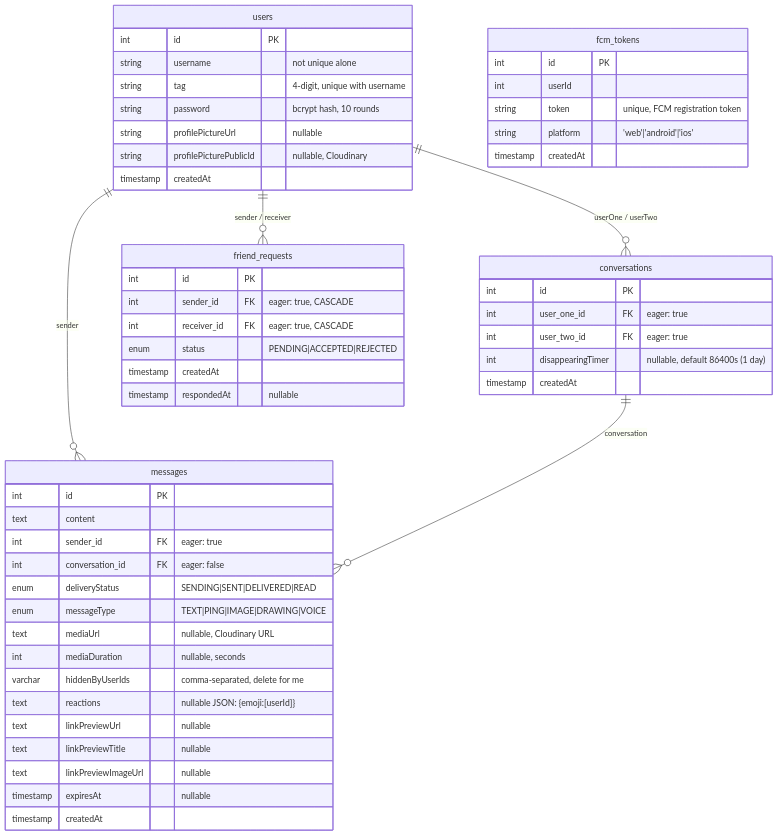
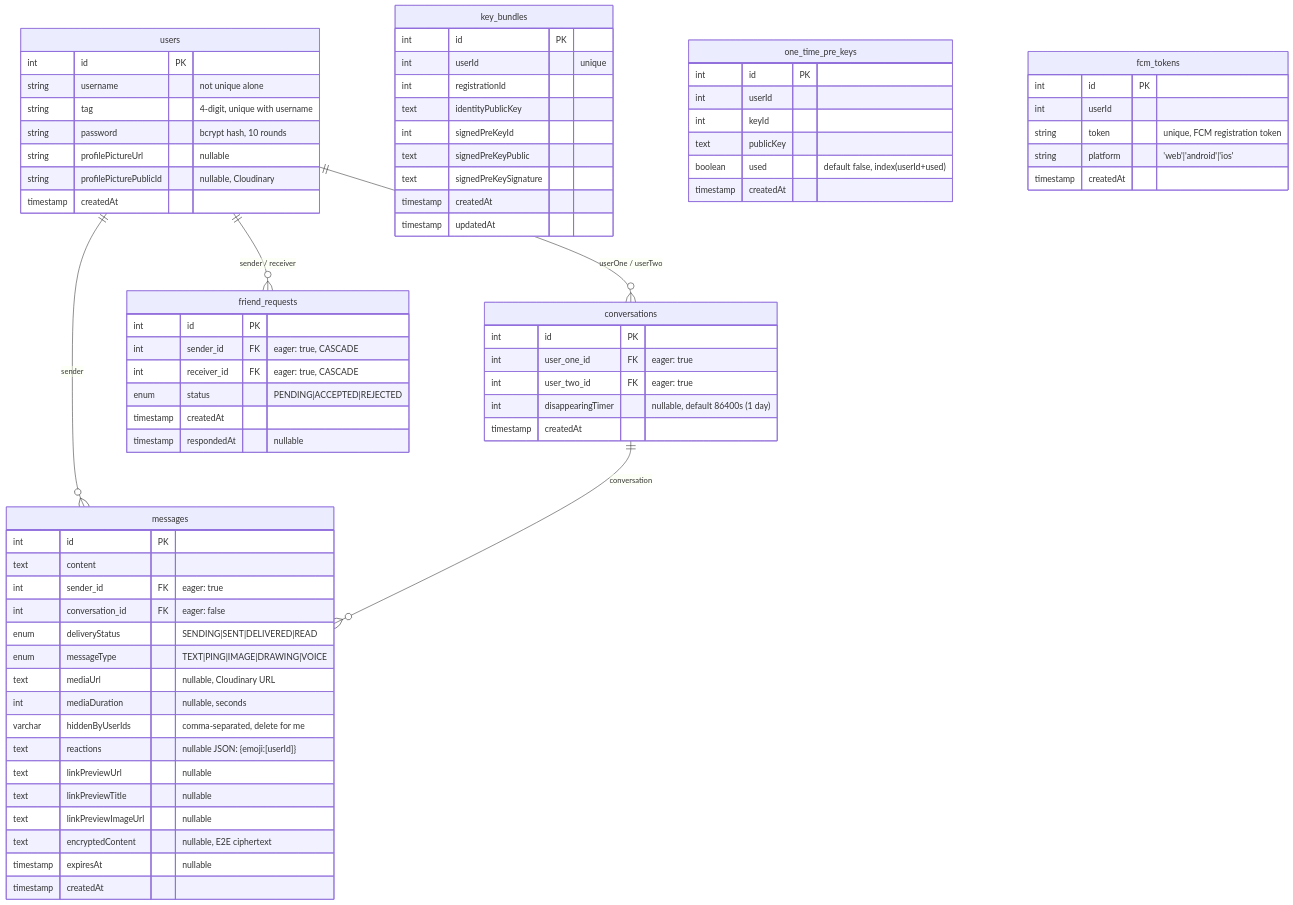
One commit to Lentach/Fireplace changed the second of 3 diagrams in CLAUDE.md. Above: the diagram before and after it, drawn with Mermaid. The commit also changed other lines of this file and 56 other files, not shown here.

````diff
--- a/CLAUDE.md
+++ b/CLAUDE.md
@@ -72,60 +72,82 @@
 ```mermaid
 erDiagram
     users ||--o{ conversations : "userOne / userTwo"
     users ||--o{ messages : "sender"
     users ||--o{ friend_requests : "sender / receiver"
     conversations ||--o{ messages : "conversation"
 
     users {
         int id PK
         string username "not unique alone"
         string tag "4-digit, unique with username"
         string password "bcrypt hash, 10 rounds"
         string profilePictureUrl "nullable"
         string profilePicturePublicId "nullable, Cloudinary"
         timestamp createdAt
     }
 
     conversations {
         int id PK
         int user_one_id FK "eager: true"
         int user_two_id FK "eager: true"
         int disappearingTimer "nullable, default 86400s (1 day)"
         timestamp createdAt
     }
 
     messages {
         int id PK
         text content
         int sender_id FK "eager: true"
         int conversation_id FK "eager: false"
         enum deliveryStatus "SENDING|SENT|DELIVERED|READ"
         enum messageType "TEXT|PING|IMAGE|DRAWING|VOICE"
         text mediaUrl "nullable, Cloudinary URL"
         int mediaDuration "nullable, seconds"
         varchar hiddenByUserIds "comma-separated, delete for me"
         text reactions "nullable JSON: {emoji:[userId]}"
         text linkPreviewUrl "nullable"
         text linkPreviewTitle "nullable"
         text linkPreviewImageUrl "nullable"
+        text encryptedContent "nullable, E2E ciphertext"
         timestamp expiresAt "nullable"
+        timestamp createdAt
+    }
+
+    key_bundles {
+        int id PK
+        int userId "unique"
+        int registrationId
+        text identityPublicKey
+        int signedPreKeyId
+        text signedPreKeyPublic
+        text signedPreKeySignature
+        timestamp createdAt
+        timestamp updatedAt
+    }
+
+    one_time_pre_keys {
+        int id PK
+        int userId
+        int keyId
+        text publicKey
+        boolean used "default false, index(userId+used)"
         timestamp createdAt
     }
 
     friend_requests {
         int id PK
         int sender_id FK "eager: true, CASCADE"
         int receiver_id FK "eager: true, CASCADE"
         enum status "PENDING|ACCEPTED|REJECTED"
         timestamp createdAt
         timestamp respondedAt "nullable"
     }
 
     fcm_tokens {
         int id PK
         int userId
         string token "unique, FCM registration token"
         string platform "'web'|'android'|'ios'"
         timestamp createdAt
     }
 ```
````
